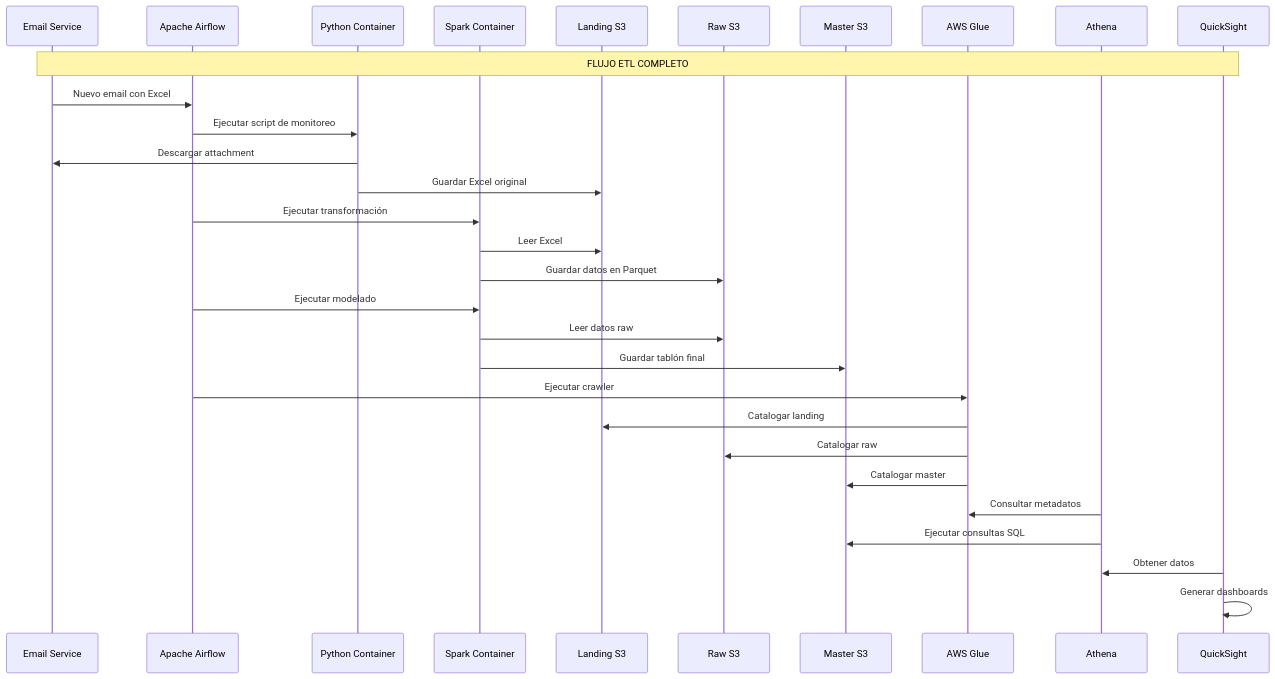
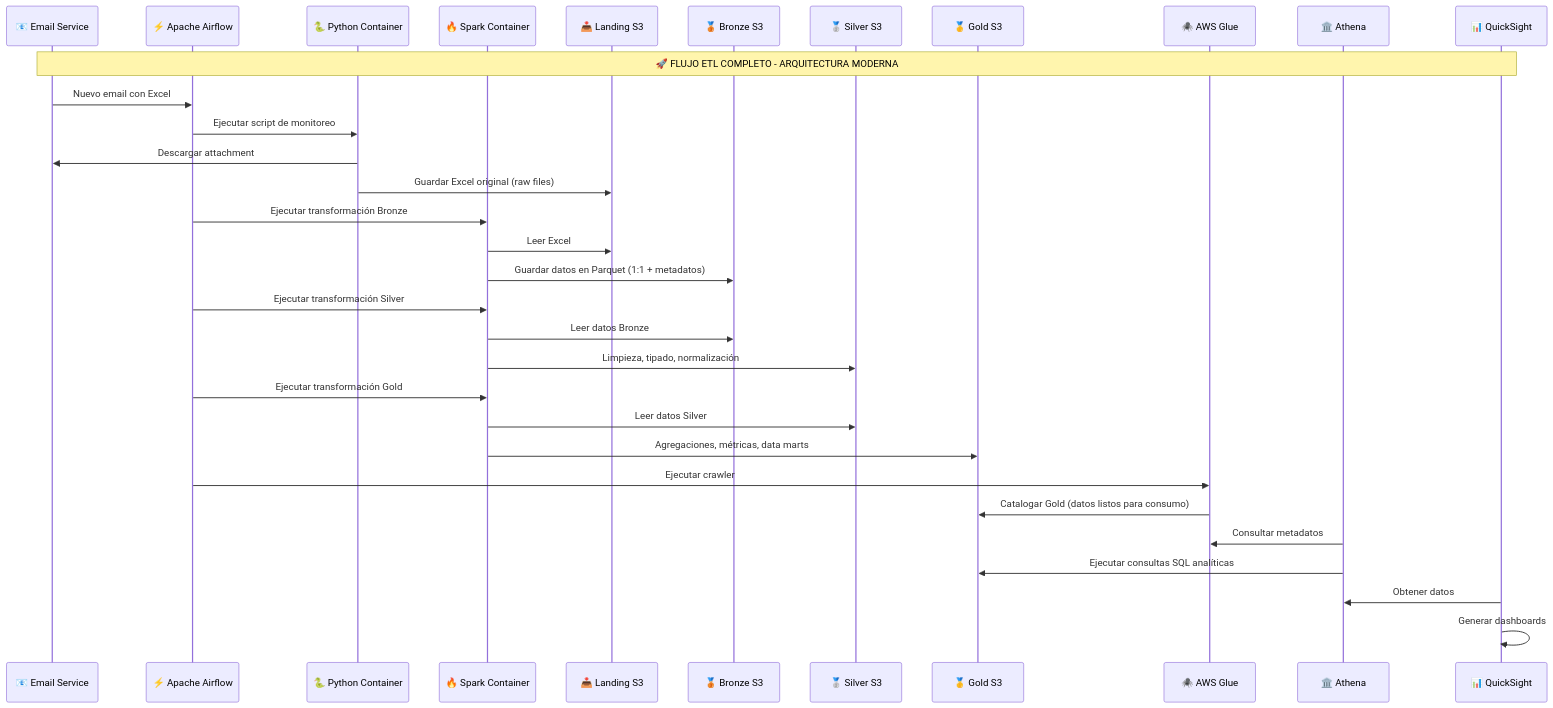
One commit to arielmmdx/offering changed the third of 4 diagrams in README.md. Above: the diagram before and after it, drawn with Mermaid.

````diff
--- a/README.md
+++ b/README.md
@@ -159,39 +159,42 @@
 ```mermaid
 sequenceDiagram
-    participant Email as Email Service
-    participant Airflow as Apache Airflow
-    participant Python as Python Container
-    participant Spark as Spark Container
-    participant Landing as Landing S3
-    participant Raw as Raw S3
-    participant Master as Master S3
-    participant Glue as AWS Glue
-    participant Athena as Athena
-    participant QuickSight as QuickSight
+    participant Email as 📧 Email Service
+    participant Airflow as ⚡ Apache Airflow
+    participant Python as 🐍 Python Container
+    participant Spark as 🔥 Spark Container
+    participant Landing as 📥 Landing S3
+    participant Bronze as 🥉 Bronze S3
+    participant Silver as 🥈 Silver S3
+    participant Gold as 🥇 Gold S3
+    participant Glue as 🕷️ AWS Glue
+    participant Athena as 🏛️ Athena
+    participant QuickSight as 📊 QuickSight
     
-    Note over Email,QuickSight: FLUJO ETL COMPLETO
+    Note over Email,QuickSight: 🚀 FLUJO ETL COMPLETO - ARQUITECTURA MODERNA
     
     Email->>Airflow: Nuevo email con Excel
     Airflow->>Python: Ejecutar script de monitoreo
     Python->>Email: Descargar attachment
-    Python->>Landing: Guardar Excel original
+    Python->>Landing: Guardar Excel original (raw files)
     
-    Airflow->>Spark: Ejecutar transformación
+    Airflow->>Spark: Ejecutar transformación Bronze
     Spark->>Landing: Leer Excel
-    Spark->>Raw: Guardar datos en Parquet
+    Spark->>Bronze: Guardar datos en Parquet (1:1 + metadatos)
     
-    Airflow->>Spark: Ejecutar modelado
-    Spark->>Raw: Leer datos raw
-    Spark->>Master: Guardar tablón final
+    Airflow->>Spark: Ejecutar transformación Silver
+    Spark->>Bronze: Leer datos Bronze
+    Spark->>Silver: Limpieza, tipado, normalización
+    
+    Airflow->>Spark: Ejecutar transformación Gold
+    Spark->>Silver: Leer datos Silver
+    Spark->>Gold: Agregaciones, métricas, data marts
     
     Airflow->>Glue: Ejecutar crawler
-    Glue->>Landing: Catalogar landing
-    Glue->>Raw: Catalogar raw
-    Glue->>Master: Catalogar master
+    Glue->>Gold: Catalogar Gold (datos listos para consumo)
     
     Athena->>Glue: Consultar metadatos
-    Athena->>Master: Ejecutar consultas SQL
+    Athena->>Gold: Ejecutar consultas SQL analíticas
     
     QuickSight->>Athena: Obtener datos
     QuickSight->>QuickSight: Generar dashboards
 ```
````
